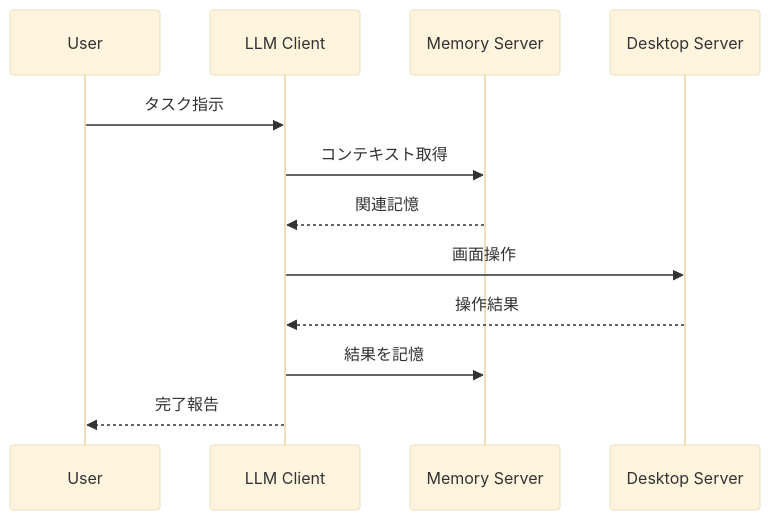
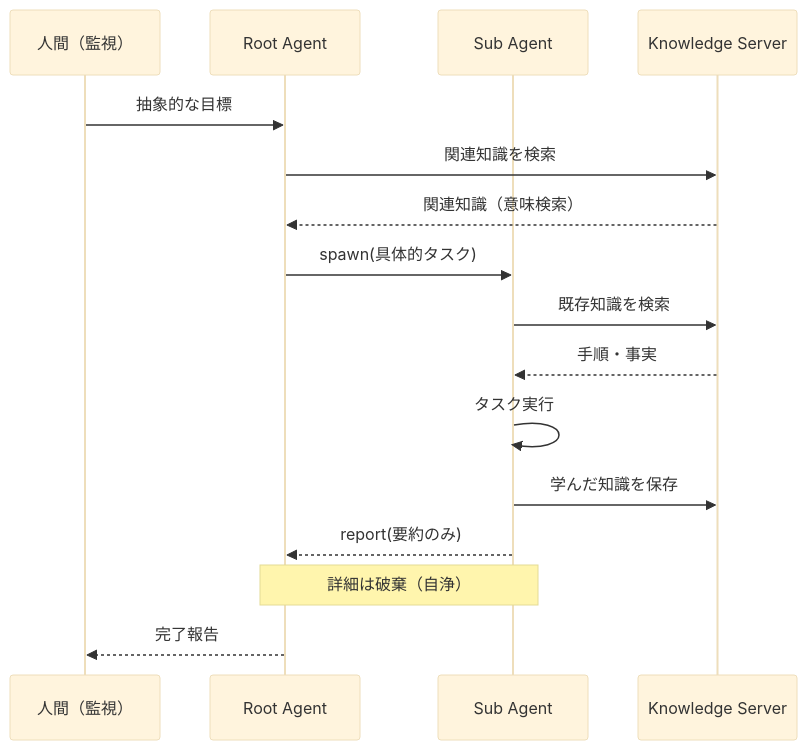
One commit to tomoharu-hayashi/jarvis changed the diagram in docs/architecture.md. Above: the diagram before and after it, drawn with Mermaid (base theme). The commit also changed other lines of this file and 3 other files, not shown here.

````diff
--- a/docs/architecture.md
+++ b/docs/architecture.md
@@ -116,15 +197,19 @@
 ```mermaid
 sequenceDiagram
-    participant User
-    participant Client as LLM Client
-    participant Memory as Memory Server
-    participant Desktop as Desktop Server
+    participant User as 人間（監視）
+    participant Root as Root Agent
+    participant Sub as Sub Agent
+    participant Knowledge as Knowledge Server
 
-    User->>Client: タスク指示
-    Client->>Memory: コンテキスト取得
-    Memory-->>Client: 関連記憶
-    Client->>Desktop: 画面操作
-    Desktop-->>Client: 操作結果
-    Client->>Memory: 結果を記憶
-    Client-->>User: 完了報告
+    User->>Root: 抽象的な目標
+    Root->>Knowledge: 関連知識を検索
+    Knowledge-->>Root: 関連知識（意味検索）
+    Root->>Sub: spawn(具体的タスク)
+    Sub->>Knowledge: 既存知識を検索
+    Knowledge-->>Sub: 手順・事実
+    Sub->>Sub: タスク実行
+    Sub->>Knowledge: 学んだ知識を保存
+    Sub-->>Root: report(要約のみ)
+    Note over Root,Sub: 詳細は破棄（自浄）
+    Root-->>User: 完了報告
 ```
````
